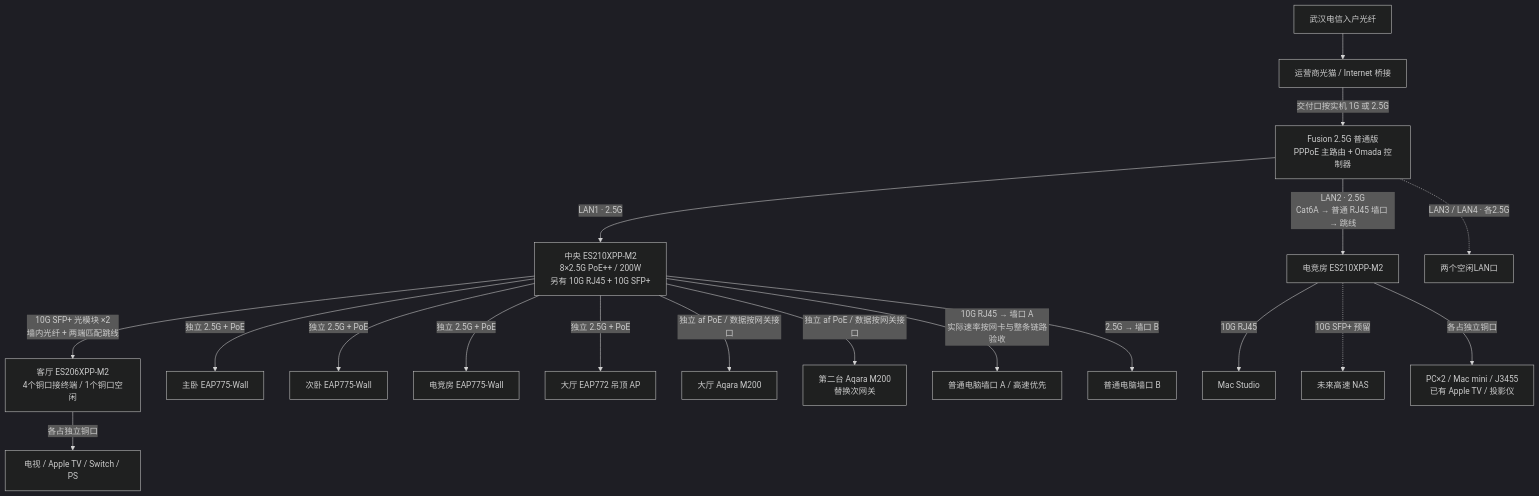
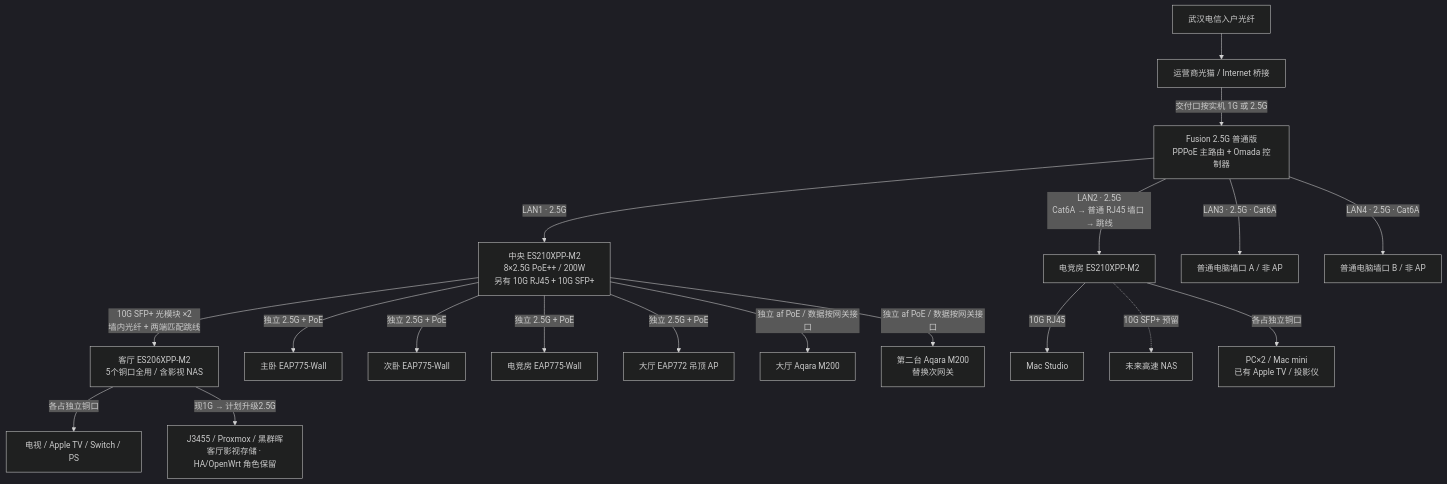
The first of 4 diagrams in docs/network-topology.md (QZSAMA/AgentHomeAssistant), drawn with Mermaid (dark theme) before and after one commit. The commit also changed other lines of this file and 11 other files, not shown here.

````diff
--- a/docs/network-topology.md
+++ b/docs/network-topology.md
@@ -13,21 +13,21 @@
 ```mermaid
 flowchart TD
   F["武汉电信入户光纤"] --> ONT["运营商光猫 / Internet 桥接"]
   ONT -->|"交付口按实机 1G 或 2.5G"| R["Fusion 2.5G 普通版<br/>PPPoE 主路由 + Omada 控制器"]
   R -->|"LAN1 · 2.5G"| C["中央 ES210XPP-M2<br/>8×2.5G PoE++ / 200W<br/>另有 10G RJ45 + 10G SFP+"]
   R -->|"LAN2 · 2.5G<br/>Cat6A → 普通 RJ45 墙口 → 跳线"| WS["电竞房 ES210XPP-M2"]
-  C -->|"10G SFP+ 光模块 ×2<br/>墙内光纤 + 两端匹配跳线"| HS["客厅 ES206XPP-M2<br/>4个铜口接终端 / 1个铜口空闲"]
-  R -. "LAN3 / LAN4 · 各2.5G" .-> SP["两个空闲LAN口"]
+  C -->|"10G SFP+ 光模块 ×2<br/>墙内光纤 + 两端匹配跳线"| HS["客厅 ES206XPP-M2<br/>5个铜口全用 / 含影视 NAS"]
+  R -->|"LAN3 · 2.5G · Cat6A"| P1["普通电脑墙口 A / 非 AP"]
+  R -->|"LAN4 · 2.5G · Cat6A"| P2["普通电脑墙口 B / 非 AP"]
   C -->|"独立 2.5G + PoE"| A1["主卧 EAP775-Wall"]
   C -->|"独立 2.5G + PoE"| A2["次卧 EAP775-Wall"]
   C -->|"独立 2.5G + PoE"| A3["电竞房 EAP775-Wall"]
   C -->|"独立 2.5G + PoE"| A4["大厅 EAP772 吊顶 AP"]
   C -->|"独立 af PoE / 数据按网关接口"| G1["大厅 Aqara M200"]
   C -->|"独立 af PoE / 数据按网关接口"| G2["第二台 Aqara M200<br/>替换次网关"]
-  C -->|"10G RJ45 → 墙口 A<br/>实际速率按网卡与整条链路验收"| P1["普通电脑墙口 A / 高速优先"]
-  C -->|"2.5G → 墙口 B"| P2["普通电脑墙口 B"]
   WS -->|"10G RJ45"| MAC["Mac Studio"]
   WS -. "10G SFP+ 预留" .-> NAS["未来高速 NAS"]
-  WS -->|"各占独立铜口"| DEV["PC×2 / Mac mini / J3455<br/>已有 Apple TV / 投影仪"]
+  WS -->|"各占独立铜口"| DEV["PC×2 / Mac mini<br/>已有 Apple TV / 投影仪"]
   HS -->|"各占独立铜口"| AV["电视 / Apple TV / Switch / PS"]
+  HS -->|"现1G → 计划升级2.5G"| J["J3455 / Proxmox / 黑群晖<br/>客厅影视存储 · HA/OpenWrt 角色保留"]
 ```
````
